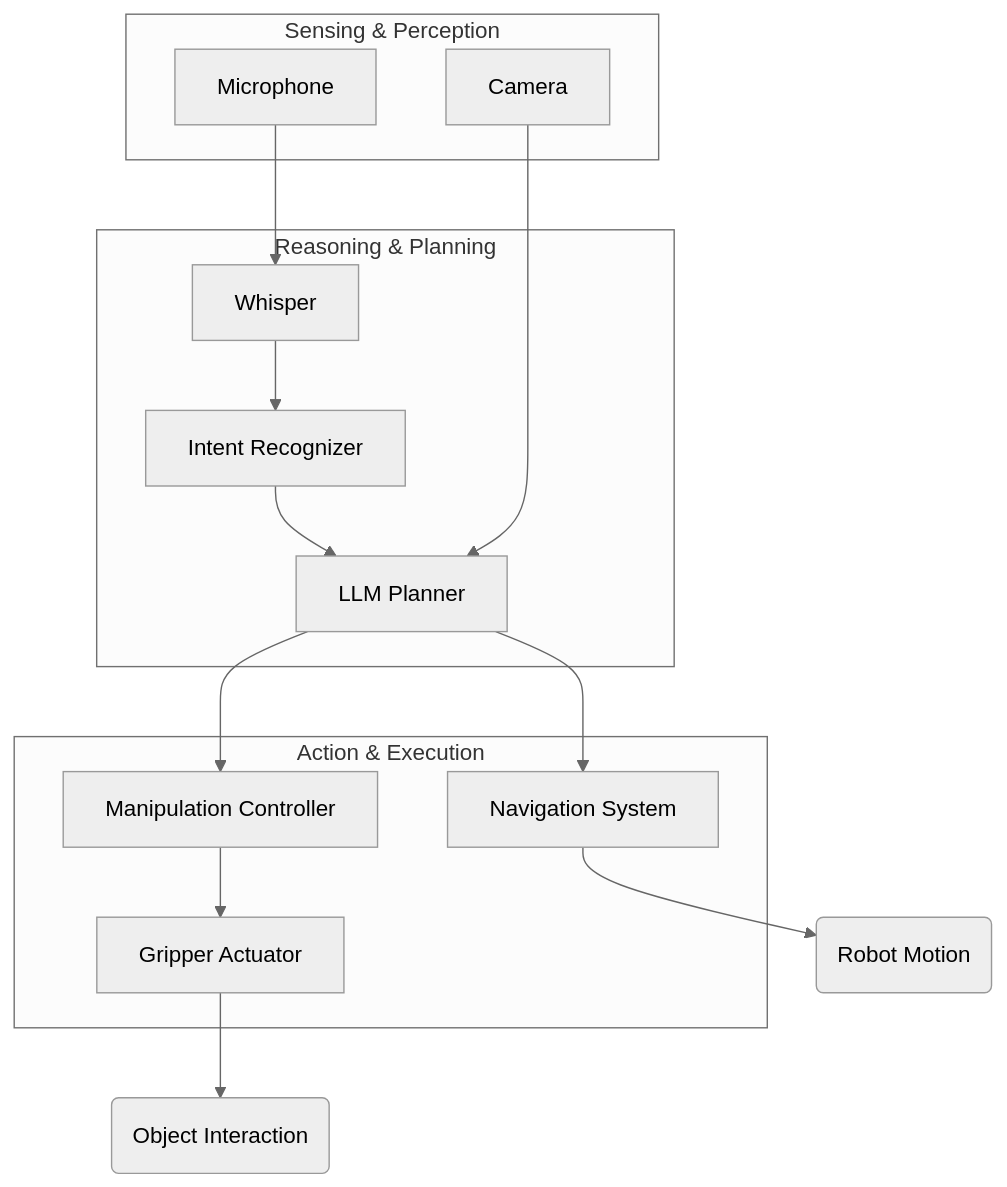
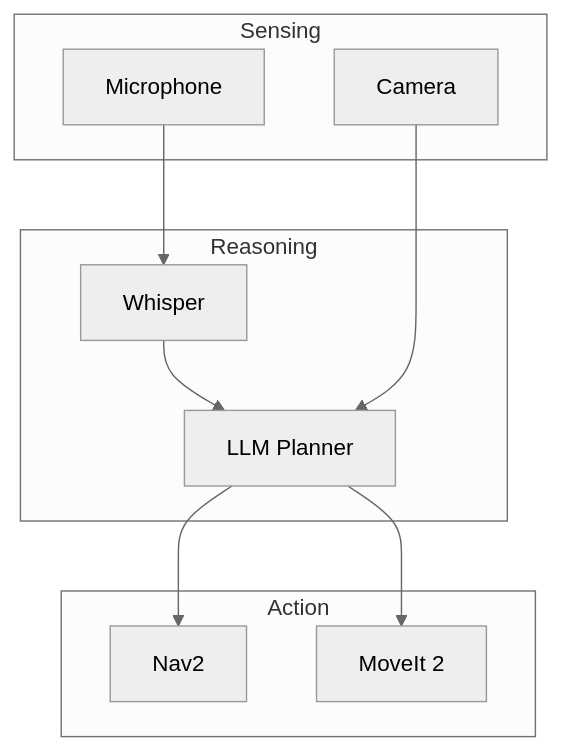
Before and after one commit to Muhammad-Annas1/Hackathon-book: the diagram in docs/module-4-vla/chapter-3-capstone-overview.md, drawn with Mermaid (neutral theme). The commit also changed other lines of this file and 85 other files, not shown here.

````diff
--- a/docs/module-4-vla/chapter-3-capstone-overview.md
+++ b/docs/module-4-vla/chapter-3-capstone-overview.md
@@ -24,30 +22,23 @@
 ```mermaid
 graph TD
-    subgraph "Sensing & Perception"
+    subgraph "Sensing"
         A[Camera]
         B[Microphone]
     end
 
-    subgraph "Reasoning & Planning"
+    subgraph "Reasoning"
         C[Whisper]
-        D[Intent Recognizer]
-        E[LLM Planner]
+        D[LLM Planner]
     end
 
-    subgraph "Action & Execution"
-        F[Navigation System]
-        G[Manipulation Controller]
-        H[Gripper Actuator]
+    subgraph "Action"
+        E[Nav2]
+        F[MoveIt 2]
     end
 
-    B --> C;
-    C --> D;
-    D --> E;
-    E --> F;
-    E --> G;
-    F --> I(Robot Motion);
-    G --> H;
-    H --> J(Object Interaction);
-
-    A --> E;
+    B --> C
+    C --> D
+    A --> D
+    D --> E
+    D --> F
 ```
````
